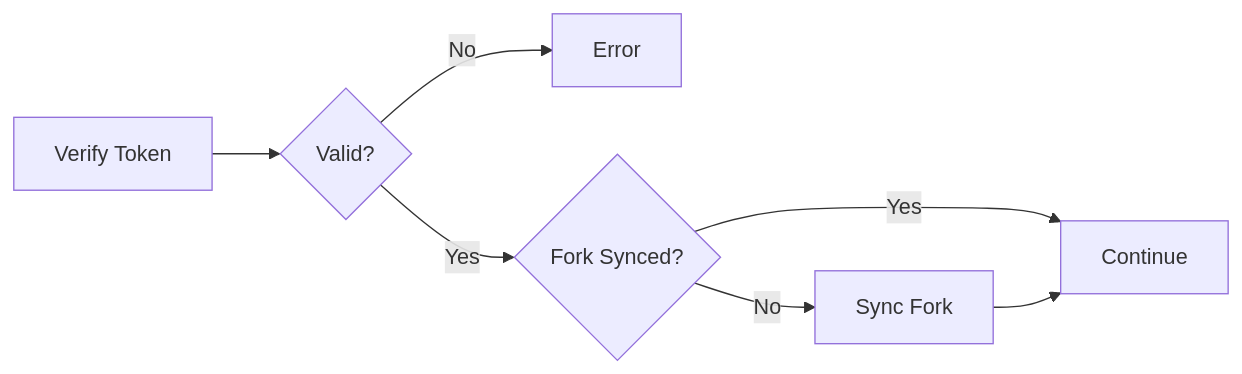
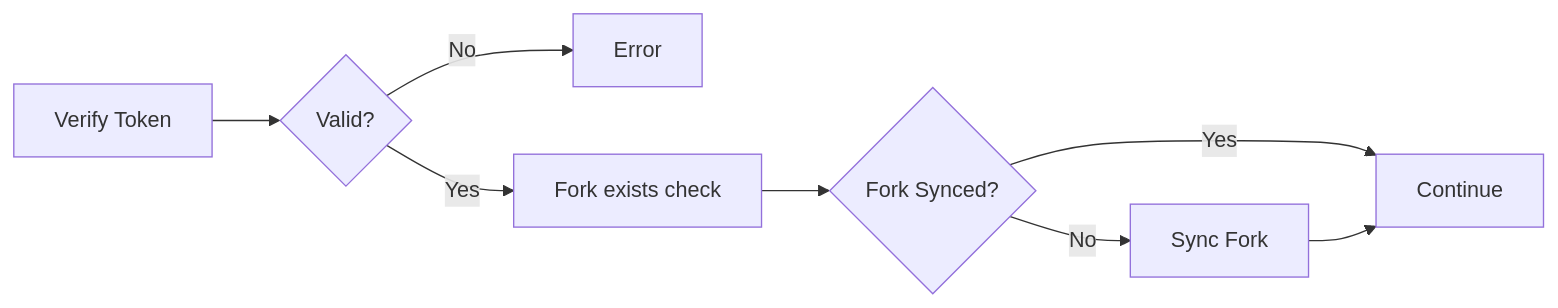
Before and after one commit to NivaldoFarias/translate-react: the second of 9 diagrams in docs/WORKFLOW.md, drawn with Mermaid. The commit also changed other lines of this file and 3 other files, not shown here.

````diff
--- a/docs/WORKFLOW.md
+++ b/docs/WORKFLOW.md
@@ -65,8 +91,9 @@
 ```mermaid
 flowchart LR
     A[Verify Token] --> B{Valid?}
     B -->|No| C[Error]
-    B -->|Yes| D{Fork Synced?}
-    D -->|Yes| E[Continue]
-    D -->|No| F[Sync Fork] --> E
+    B -->|Yes| D[Fork exists check]
+    D --> E{Fork Synced?}
+    E -->|Yes| F[Continue]
+    E -->|No| G[Sync Fork] --> F
 ```
````
